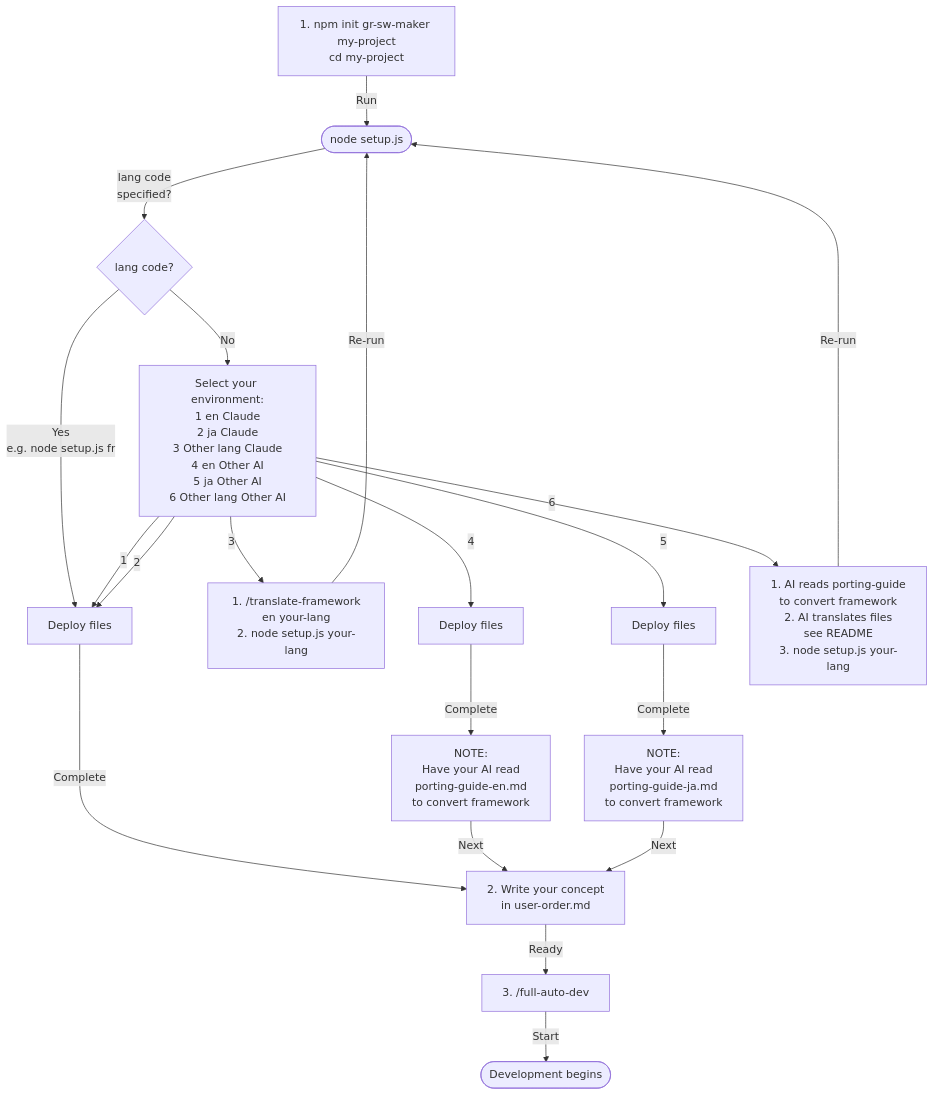
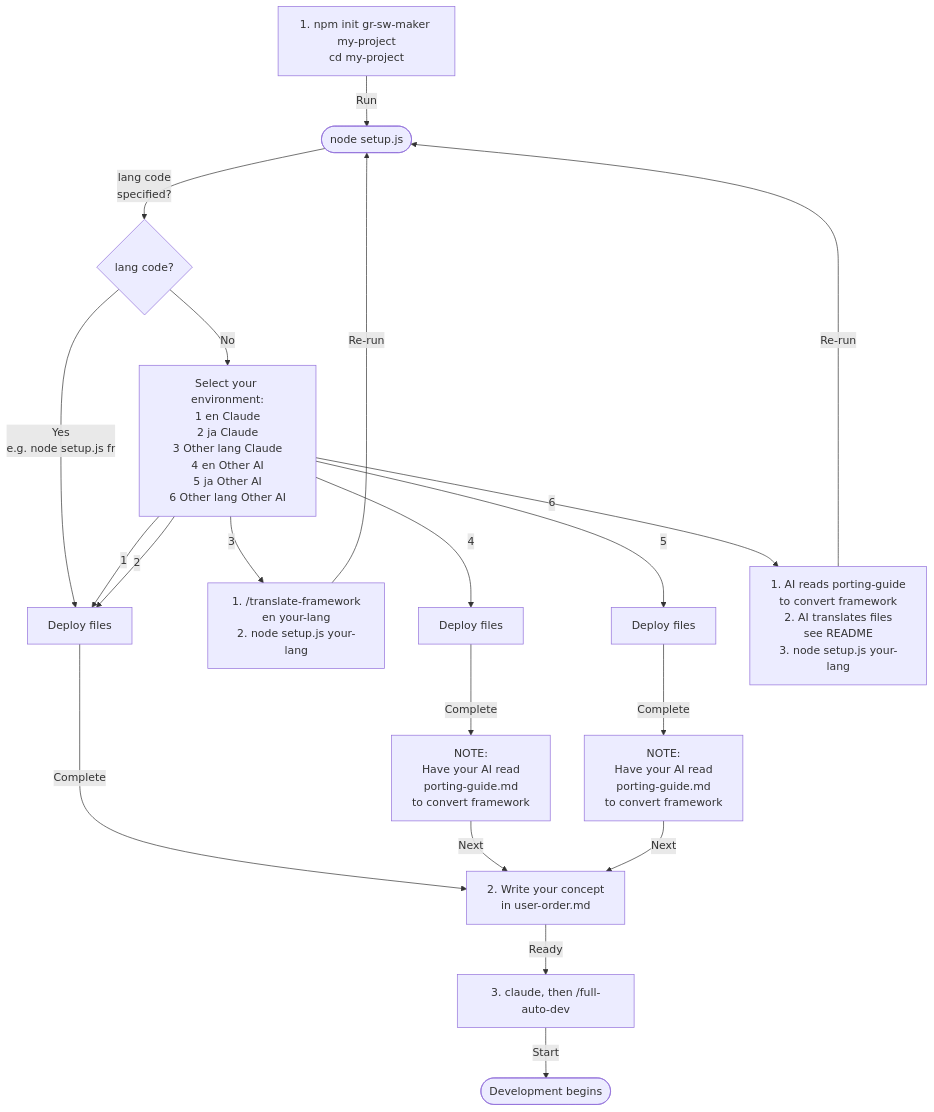
The diagram in README-ja.md (GoodRelax/gr-sw-maker), drawn with Mermaid before and after one commit. The commit also changed other lines of this file and 3 other files, not shown here.

````diff
--- a/README-ja.md
+++ b/README-ja.md
@@ -173,22 +240,22 @@
 ```mermaid
 flowchart TD
     Install["1. npm init gr-sw-maker my-project<br/>cd my-project"] -->|"Run"| Setup([node setup.js])
     Setup -->|"lang code<br/>specified?"| ArgCheck{lang code?}
     ArgCheck -->|"Yes<br/>e.g. node setup.js fr"| Deploy[Deploy files]
     ArgCheck -->|"No"| Menu["Select your environment:<br/>1 en Claude<br/>2 ja Claude<br/>3 Other lang Claude<br/>4 en Other AI<br/>5 ja Other AI<br/>6 Other lang Other AI"]
     Menu -->|"1"| Deploy
     Menu -->|"2"| Deploy
     Menu -->|"3"| ClaudeOther["1. /translate-framework<br/>en your-lang<br/>2. node setup.js your-lang"]
     Menu -->|"4"| Deploy4[Deploy files]
     Menu -->|"5"| Deploy5[Deploy files]
     Menu -->|"6"| OtherAIOther["1. AI reads porting-guide<br/>to convert framework<br/>2. AI translates files<br/>see README<br/>3. node setup.js your-lang"]
-    Deploy4 -->|"Complete"| PortingMsg4["NOTE:<br/>Have your AI read<br/>porting-guide-en.md<br/>to convert framework"]
-    Deploy5 -->|"Complete"| PortingMsg5["NOTE:<br/>Have your AI read<br/>porting-guide-ja.md<br/>to convert framework"]
+    Deploy4 -->|"Complete"| PortingMsg4["NOTE:<br/>Have your AI read<br/>porting-guide.md<br/>to convert framework"]
+    Deploy5 -->|"Complete"| PortingMsg5["NOTE:<br/>Have your AI read<br/>porting-guide.md<br/>to convert framework"]
     Deploy -->|"Complete"| WriteOrder["2. Write your concept<br/>in user-order.md"]
     PortingMsg4 -->|"Next"| WriteOrder
     PortingMsg5 -->|"Next"| WriteOrder
-    WriteOrder -->|"Ready"| Launch["3. /full-auto-dev"]
+    WriteOrder -->|"Ready"| Launch["3. claude, then /full-auto-dev"]
     Launch -->|"Start"| Dev([Development begins])
     ClaudeOther -->|"Re-run"| Setup
     OtherAIOther -->|"Re-run"| Setup
 ```
````
